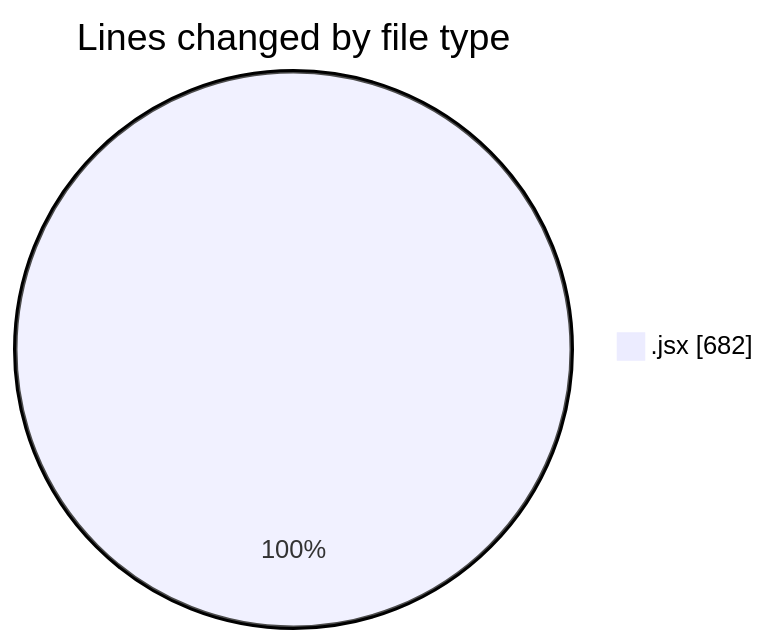
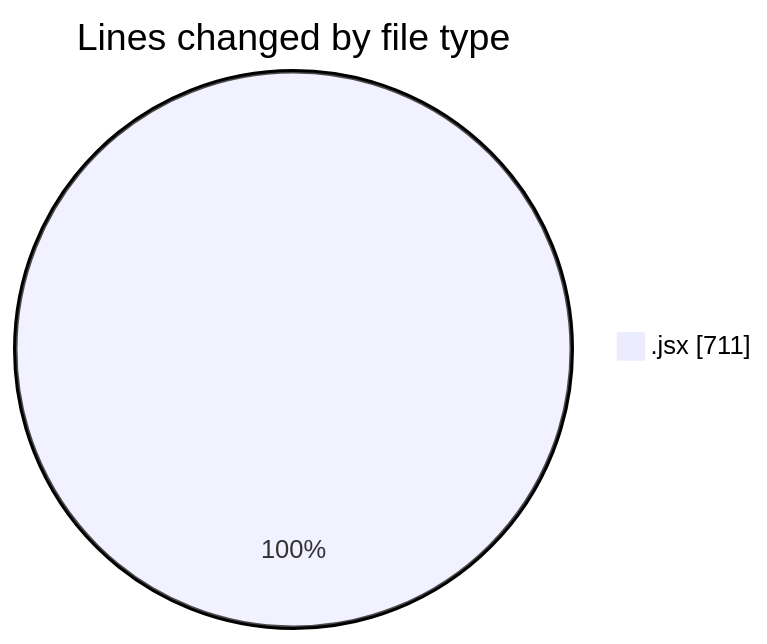
Before and after one commit to Elitesun/code-tracking: the first of 2 diagrams in 2025-02-24/elitesgpt/README.md, drawn with Mermaid. The commit also changed other lines of this file and 1 other file, not shown here.

````diff
--- a/2025-02-24/elitesgpt/README.md
+++ b/2025-02-24/elitesgpt/README.md
@@ -22,5 +22,5 @@
 ```mermaid
 pie showData
 title Lines changed by file type
-".jsx" : 682
+".jsx" : 711
 ```
````
